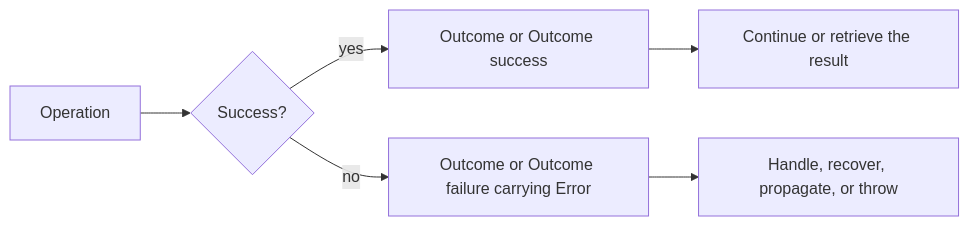
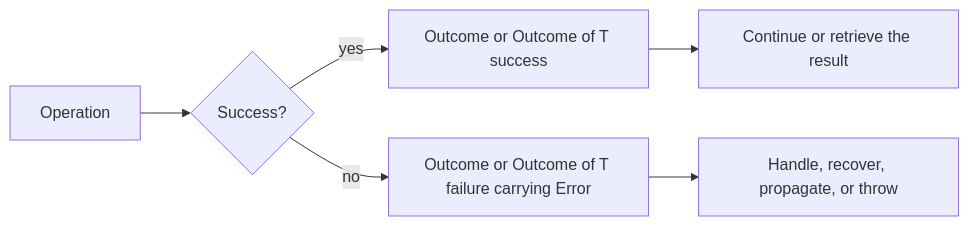
The diagram in doc/OutcomeGuide.en.md (Reefact/first-class-errors), drawn with Mermaid before and after one commit. The commit also changed 3 other files, not shown here.

First line of the commit message:
docs: fix mermaid labels that broke rendering

````diff
--- a/doc/OutcomeGuide.en.md
+++ b/doc/OutcomeGuide.en.md
@@ -12,8 +12,8 @@
 ```mermaid
 flowchart LR
     A[Operation] --> B{Success?}
-    B -->|yes| C[Outcome or Outcome<T> success]
-    B -->|no| D[Outcome or Outcome<T> failure carrying Error]
+    B -->|yes| C[Outcome or Outcome of T success]
+    B -->|no| D[Outcome or Outcome of T failure carrying Error]
     C --> E[Continue or retrieve the result]
     D --> F[Handle, recover, propagate, or throw]
 ```
````
